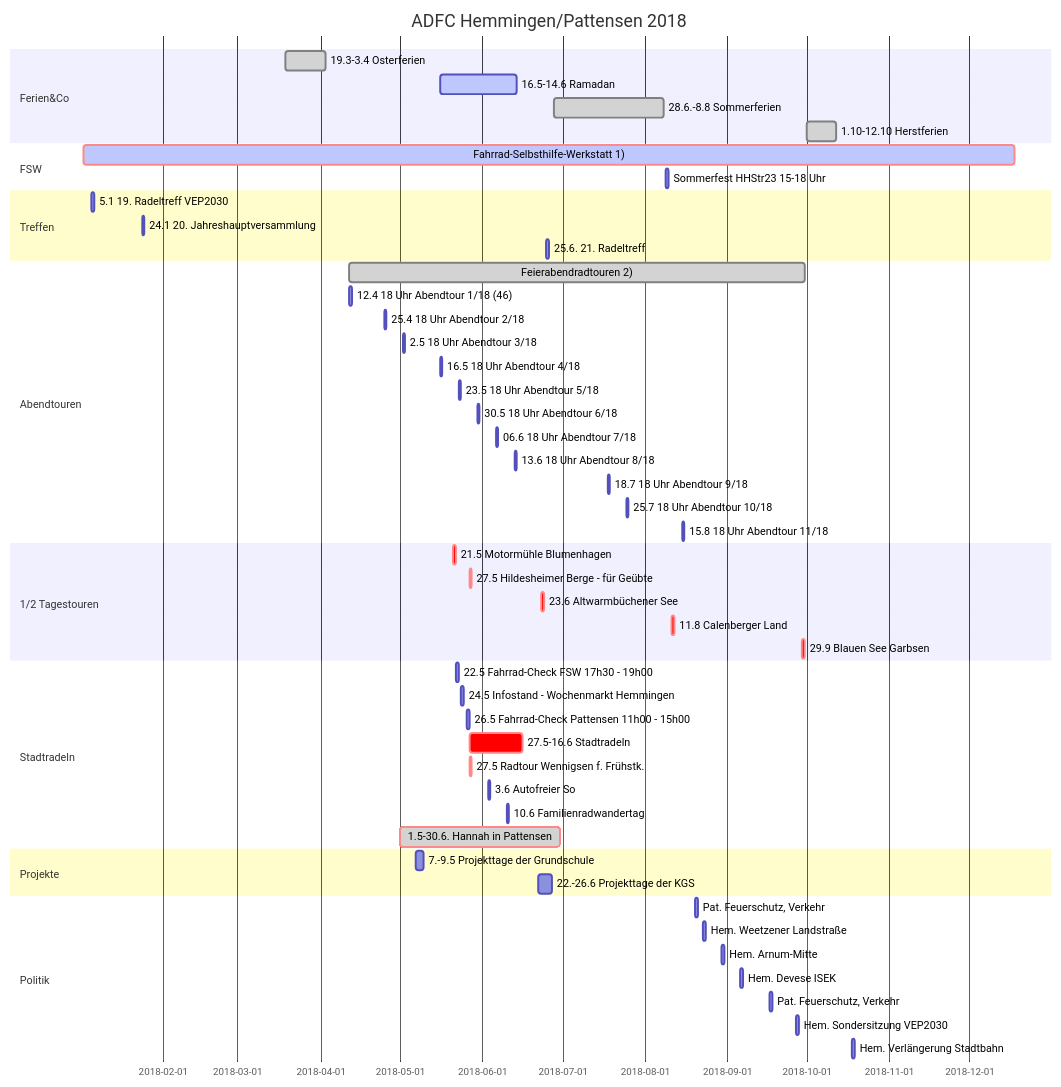
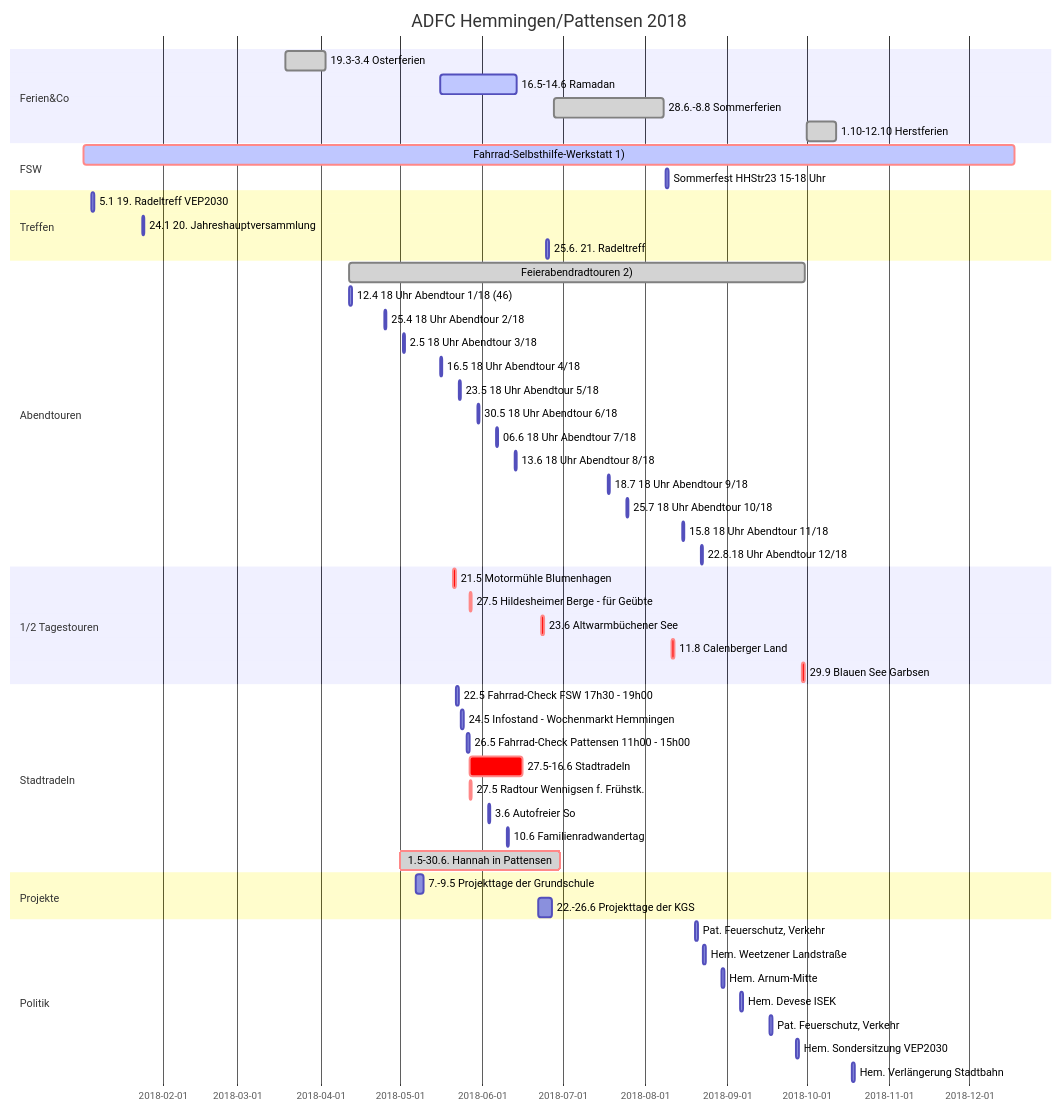
The diagram in index.md (adfc-hemmingen-pattensen/adfc-hemmingen-pattensen.github.io), drawn with Mermaid before and after one commit. The commit also changed other lines of this file and 4 other files, not shown here.

````diff
--- a/index.md
+++ b/index.md
@@ -100,65 +100,66 @@
 ```mermaid
 gantt
   title ADFC Hemmingen/Pattensen 2018
   dateFormat  DD.MM.YY
 
 section Ferien&Co
   19.3-3.4 Osterferien                        :done,        19.03.18, 03.04.18
   16.5-14.6  Ramadan                          :active,done, 16.05.18, 14.06.18
   28.6.-8.8 Sommerferien                      :done,        28.06.18, 08.08.18
   1.10-12.10 Herstferien                      :done,        01.10.18, 12.10.18
 
 section FSW
   Fahrrad-Selbsthilfe-Werkstatt 1)            :crit,active, 02.01.18, 18.12.18
   Sommerfest HHStr23  15-18 Uhr      : 09.08.18, 1d
 
 section Treffen
   5.1 19. Radeltreff VEP2030        : 05.01.18, 1d
   24.1 20. Jahreshauptversammlung   : 24.01.18, 1d
   25.6. 21. Radeltreff              : 25.06.18, 1d
 
 section Abendtouren
   Feierabendradtouren 2)        :done, 12.04.18, 30.09.18
 12.4 18 Uhr Abendtour 1/18 (46) : 12.04.18,1d
 25.4 18 Uhr Abendtour 2/18    : 25.04.18,1d
 2.5 18 Uhr Abendtour 3/18     : 02.05.18,1d
 16.5 18 Uhr Abendtour 4/18     : 16.05.18,1d
 23.5 18 Uhr Abendtour 5/18      : 23.05.18,1d
 30.5 18 Uhr Abendtour 6/18      : 30.05.18,1d
 06.6 18 Uhr Abendtour 7/18      : 06.06.18,1d
 13.6 18 Uhr Abendtour 8/18      : 13.06.18,1d
 18.7 18 Uhr Abendtour 9/18      : 18.07.18,1d
 25.7 18 Uhr Abendtour 10/18      : 25.07.18,1d
 15.8 18 Uhr Abendtour 11/18      : 15.08.18,1d
+22.8.18 Uhr Abendtour 12/18      : 22.08.18,1d
 
 section 1/2 Tagestouren
   21.5 Motormühle Blumenhagen   :crit, 21.05.18,1d
   27.5 Hildesheimer Berge - für Geübte :crit, 27.05.18, 1d
   23.6 Altwarmbüchener See      :crit, 23.06.18,1d
   11.8 Calenberger Land         :crit, 11.08.18,1d
   29.9 Blauen See Garbsen       :crit, 29.09.18,1d
 
 
 section Stadtradeln
   22.5 Fahrrad-Check FSW 17h30 - 19h00                     :             22.05.18, 1d
   24.5 Infostand - Wochenmarkt Hemmingen : 24.05.18,1d
   26.5 Fahrrad-Check Pattensen 11h00 - 15h00              :             26.05.18, 1d
   27.5-16.6 Stadtradeln                       : crit,       27.05.18, 16.06.18
   27.5 Radtour Wennigsen f. Frühstk.          : crit,       27.05.18, 1d
   3.6 Autofreier So                           :             03.06.18, 1d
   10.6 Familienradwandertag                   :             10.06.18, 1d
   1.5-30.6.  Hannah in Pattensen              :crit, done,  01.05.18, 30.06.18
 
 section Projekte
   7.-9.5 Projekttage der Grundschule      :07.05.18, 3d
   22.-26.6 Projekttage der KGS      :22.06.18, 5d
 
 section Politik
   Pat. Feuerschutz, Verkehr                         :20.08.18, 1d
   Hem. Weetzener Landstraße                         :23.08.18, 1d
   Hem. Arnum-Mitte                                  :30.08.18, 1d
   Hem. Devese ISEK                                  :06.09.18, 1d
   Pat. Feuerschutz, Verkehr                         :17.09.18, 1d
   Hem. Sondersitzung VEP2030                        :27.09.18, 1d
   Hem. Verlängerung Stadtbahn                       :18.10.18, 1d
 ```
````
